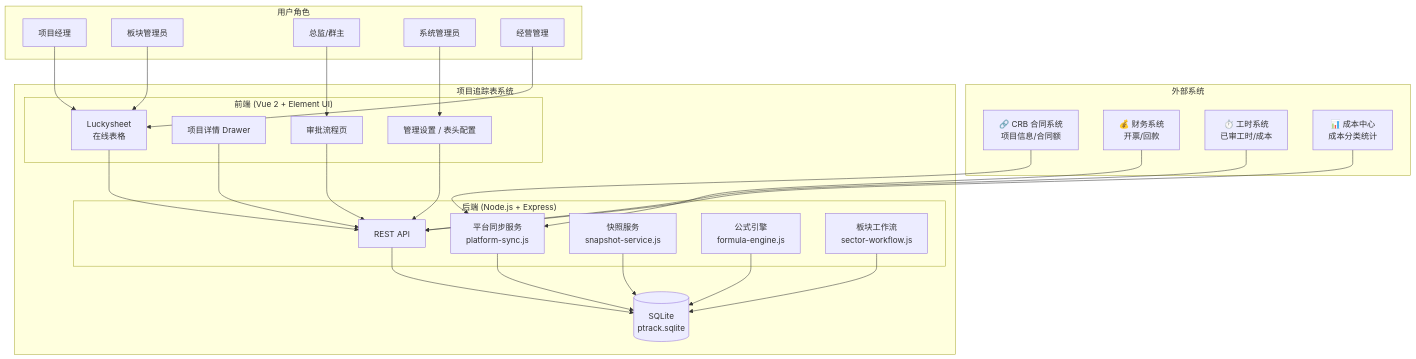
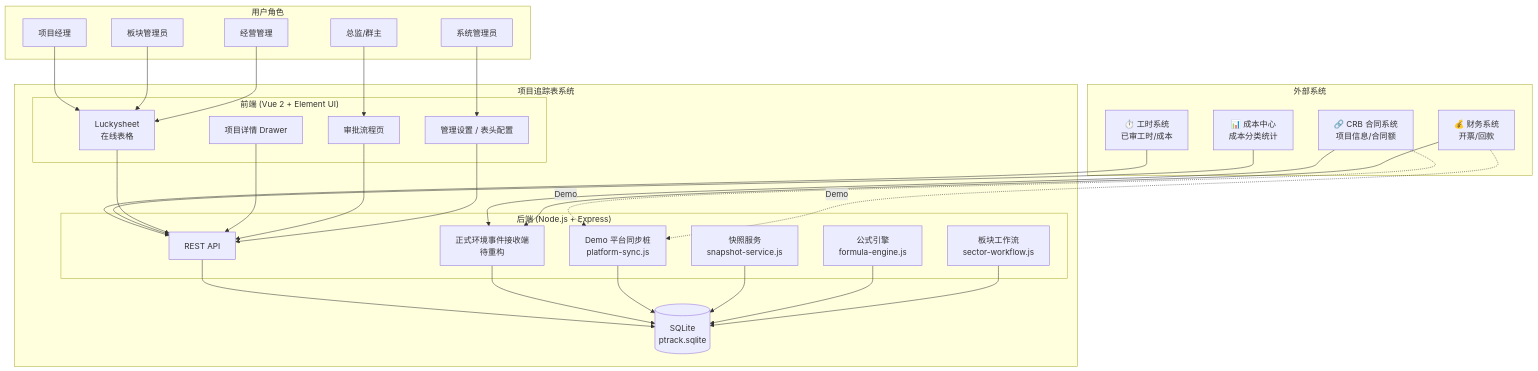
The second of 15 diagrams in docs/需求文档/需求文档_开发版.md (marcelxu0272/202605_project-tracking-table), drawn with Mermaid before and after one commit. The commit also changed other lines of this file and 20 other files, not shown here.

````diff
--- a/docs/需求文档/需求文档_开发版.md
+++ b/docs/需求文档/需求文档_开发版.md
@@ -124,58 +130,62 @@
 ```mermaid
 flowchart TB
     subgraph 外部系统
         CRB["🔗 CRB 合同系统<br/>项目信息/合同额"]
         FIN["💰 财务系统<br/>开票/回款"]
         TS["⏱️ 工时系统<br/>已审工时/成本"]
         COST["📊 成本中心<br/>成本分类统计"]
     end
 
     subgraph 项目追踪表系统
         subgraph 前端["前端 (Vue 2 + Element UI)"]
             LUCKY["Luckysheet<br/>在线表格"]
             DRAWER["项目详情 Drawer"]
             APPROVAL["审批流程页"]
             ADMIN_UI["管理设置 / 表头配置"]
         end
 
         subgraph 后端["后端 (Node.js + Express)"]
             API["REST API"]
-            SYNC["平台同步服务<br/>platform-sync.js"]
+            SYNC["Demo 平台同步桩<br/>platform-sync.js"]
+            EVENT["正式环境事件接收端<br/>待重构"]
             SNAP["快照服务<br/>snapshot-service.js"]
             FORMULA["公式引擎<br/>formula-engine.js"]
             SECTOR["板块工作流<br/>sector-workflow.js"]
         end
 
         DB[("SQLite<br/>ptrack.sqlite")]
     end
 
     subgraph 用户角色
         U_PM["项目经理"]
         U_SA["板块管理员"]
         U_DR["总监/群主"]
         U_ADM["系统管理员"]
         U_VIEW["经营管理"]
     end
 
-    CRB --> SYNC
-    FIN --> SYNC
+    CRB --> EVENT
+    FIN --> EVENT
+    CRB -. Demo .-> SYNC
+    FIN -. Demo .-> SYNC
     TS --> API
     COST --> API
 
     LUCKY --> API
     DRAWER --> API
     APPROVAL --> API
     ADMIN_UI --> API
 
     API --> DB
+    EVENT --> DB
     SYNC --> DB
     SNAP --> DB
     FORMULA --> DB
     SECTOR --> DB
 
     U_PM --> LUCKY
     U_SA --> LUCKY
     U_DR --> APPROVAL
     U_ADM --> ADMIN_UI
     U_VIEW --> LUCKY
 ```
````
